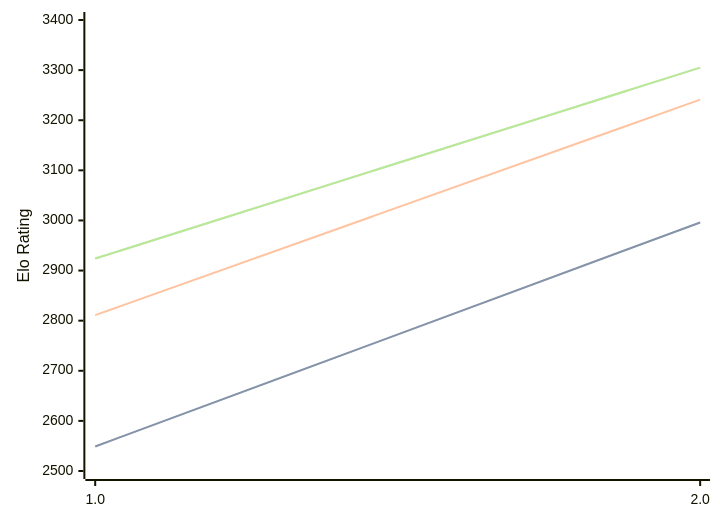
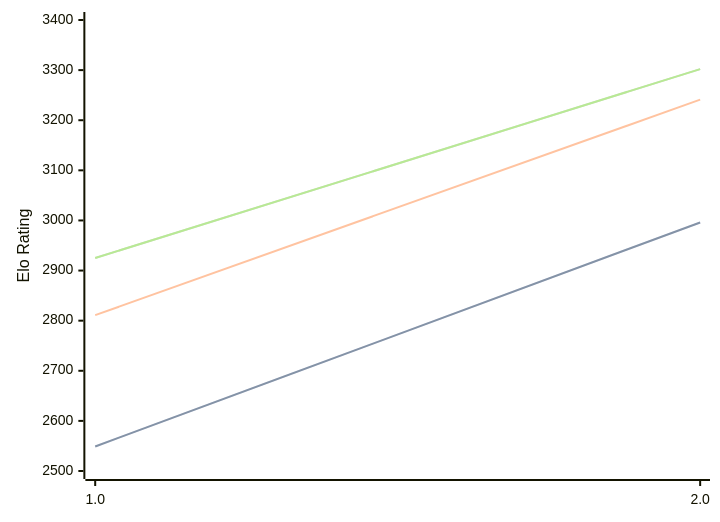
Before and after one commit to computer-chess-index/cci: the diagram in engines/Onslaught.md, drawn with Mermaid. The commit also changed other lines of this file, not shown here.

Commit message:
Update CCI Ratings (ELO VLTC) - 2026-10-07

````diff
--- a/engines/Onslaught.md
+++ b/engines/Onslaught.md
@@ -32,11 +32,11 @@
 ```mermaid
 %%{init: {"theme":"base","themeVariables":{"seriesColors:['#a3a3a3','#222221','#faa371']}}}%%
 xychart-beta
   x-axis ["1.0", "2.0"]
   y-axis "Elo Rating" 2500 --> 3400
   line "" [2549, 2996]
   line "STC (8.0+0.08s)" [2549, 2996]
   line "LTC (60.0+0.60s)" [2811, 3241]
-  line "" [2924, 3305]
-  line "VLTC (2m24s+1.12s)" [2924, 3305]
+  line "" [2925, 3302]
+  line "VLTC (2m24s+1.12s)" [2925, 3302]
 ```
````
